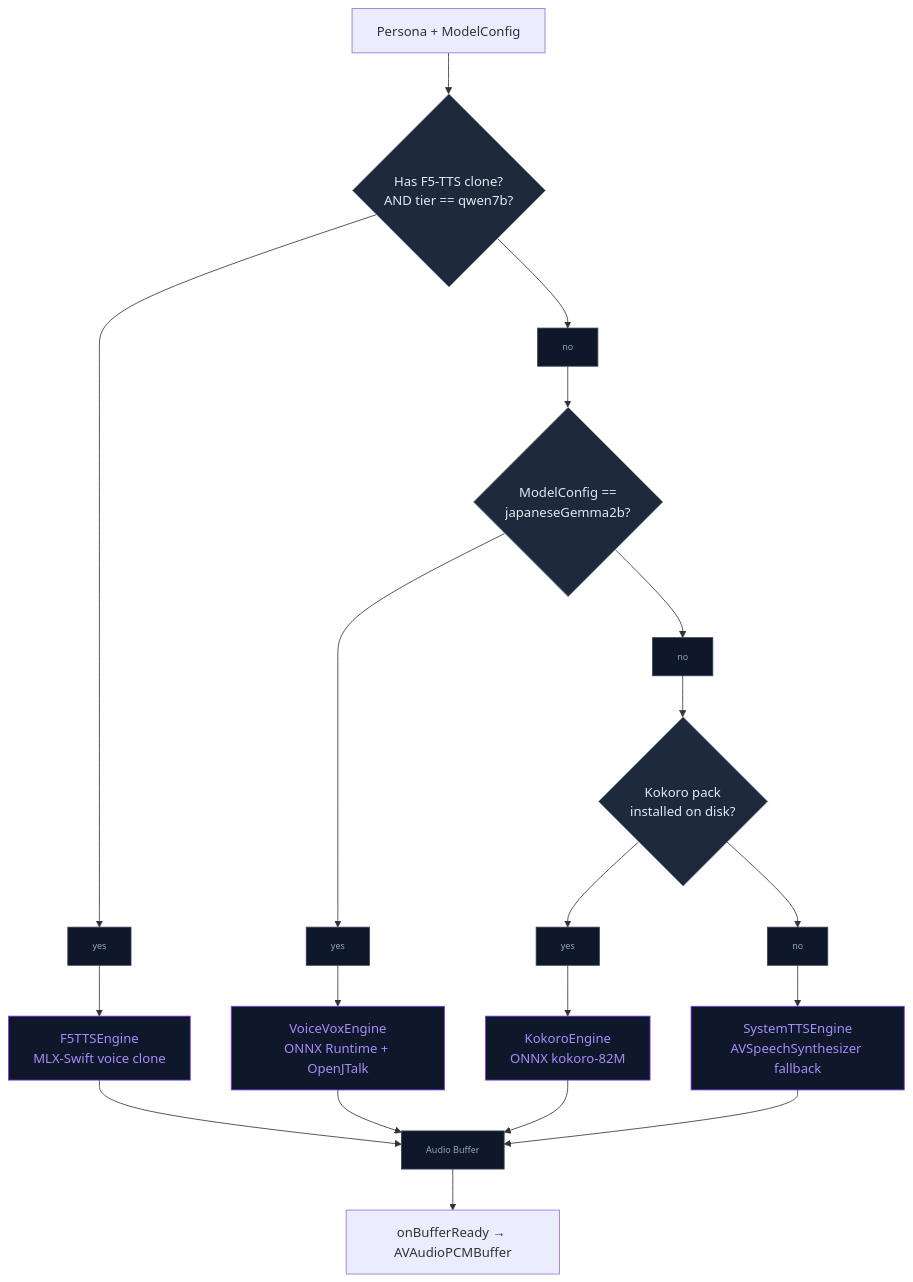
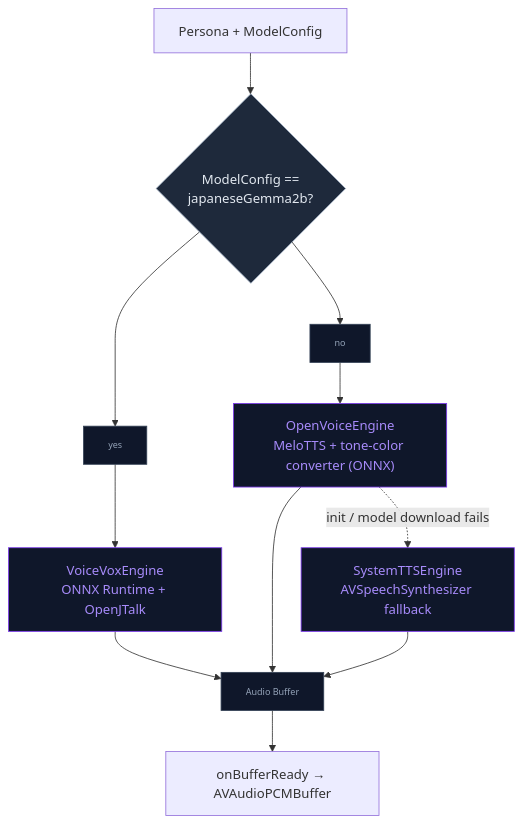
The first of 4 diagrams in docs/LLM_VOICE.md (kevinliddel/NeuraLink), drawn with Mermaid before and after one commit. The commit also changed other lines of this file and 7 other files, not shown here.

Commit message:
chore: update local TTS/memory documentation to reflect new engine architectures and configuration details.

````diff
--- a/docs/LLM_VOICE.md
+++ b/docs/LLM_VOICE.md
@@ -24,30 +24,25 @@
 ```mermaid
 flowchart TD
-    Start["Persona + ModelConfig"] --> Q1{"Has F5-TTS clone?\nAND tier == qwen7b?"}
-
-    Q1 --> D1["yes"] --> F5["F5TTSEngine\nMLX-Swift voice clone"]
-    Q1 --> D2["no"] --> Q2{"ModelConfig ==\njapaneseGemma2b?"}
+    Start["Persona + ModelConfig"] --> Q2{"ModelConfig ==\njapaneseGemma2b?"}
 
     Q2 --> D3["yes"] --> VV["VoiceVoxEngine\nONNX Runtime + OpenJTalk"]
-    Q2 --> D4["no"] --> Q3{"Kokoro pack\ninstalled on disk?"}
+    Q2 --> D4["no"] --> OV["OpenVoiceEngine\nMeloTTS + tone-color converter (ONNX)"]
 
-    Q3 --> D5["yes"] --> KK["KokoroEngine\nONNX kokoro-82M"]
-    Q3 --> D6["no"] --> SYS["SystemTTSEngine\nAVSpeechSynthesizer fallback"]
+    OV -.->|"init / model download fails"| SYS["SystemTTSEngine\nAVSpeechSynthesizer fallback"]
 
-    F5 --> D7["Audio Buffer"] --> Done["onBufferReady → AVAudioPCMBuffer"]
-    VV --> D7
-    KK --> D7
+    VV --> D7["Audio Buffer"] --> Done["onBufferReady → AVAudioPCMBuffer"]
+    OV --> D7
     SYS --> D7
 
     %% Engine styles
     classDef engine fill:#0f172a,stroke:#7c3aed,color:#a78bfa
-    class F5,VV,KK,SYS engine
+    class VV,OV,SYS engine
 
     %% Decision nodes
     classDef decision fill:#1e293b,stroke:#94a3b8,color:#e2e8f0
-    class Q1,Q2,Q3 decision
+    class Q2 decision
 
     %% Data / flow nodes (consistent with your other diagrams)
     classDef data fill:#0f172a,stroke:#334155,color:#94a3b8,font-size:11px
-    class D1,D2,D3,D4,D5,D6,D7 data
+    class D3,D4,D7 data
 ```
````
